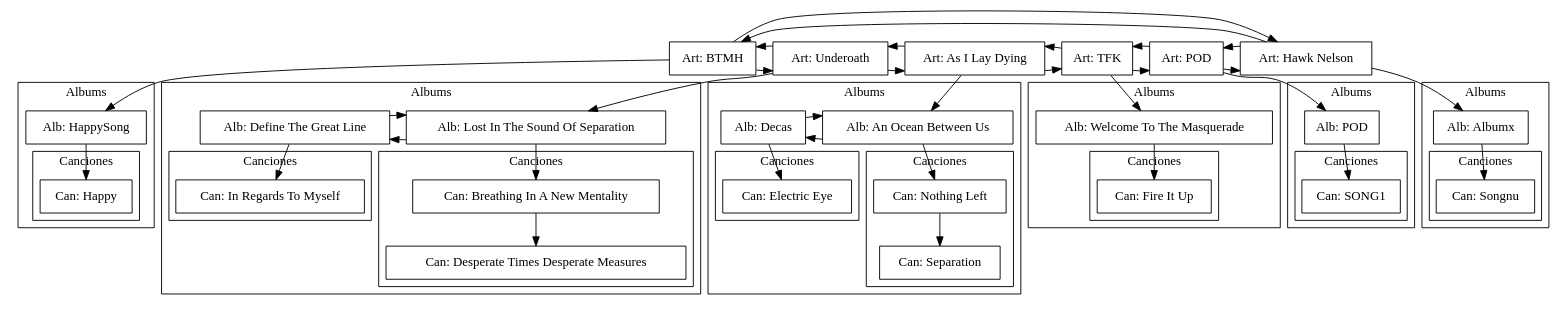
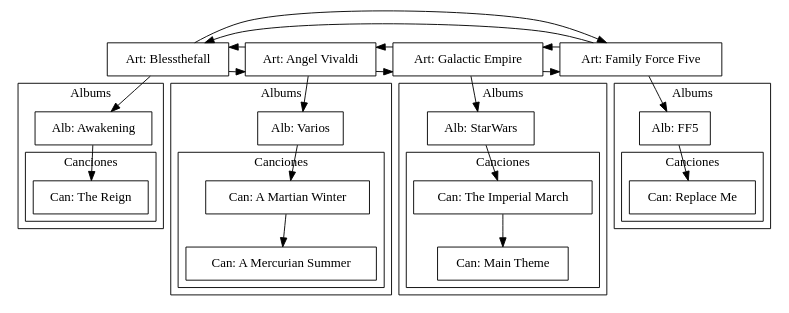
One commit to ricardcutzh/EDD_Junio changed the diagram in Practicas/build-Practica1_Biblioteca_Musica-Desktop_Qt_5_9_0_MinGW_32bit-Debug/biblioteca.dot. Above: the diagram before and after it, drawn with Graphviz. The commit also changed 28 other files, not shown here.

```diff
--- a/Practicas/build-Practica1_Biblioteca_Musica-Desktop_Qt_5_9_0_MinGW_32bit-Debug/biblioteca.dot
+++ b/Practicas/build-Practica1_Biblioteca_Musica-Desktop_Qt_5_9_0_MinGW_32bit-Debug/biblioteca.dot
@@ -1,112 +1,66 @@
 digraph G {
 node [shape=box];
-"Art: BTMH"->"Art: Underoath";
-"Art: Underoath"->"Art: BTMH";
-"Art: Underoath"->"Alb: Lost In The Sound Of Separation";
-"Art: Underoath"->"Art: As I Lay Dying";
+"Art: Blessthefall"->"Art: Angel Vivaldi";
+"Art: Angel Vivaldi"->"Art: Blessthefall";
+"Art: Angel Vivaldi"->"Alb: Varios";
+"Art: Angel Vivaldi"->"Art: Galactic Empire";
 subgraph cluster_0{
 rank=same;
 label="Albums";
-"Alb: Lost In The Sound Of Separation"->"Can: Breathing In A New Mentality";
+"Alb: Varios"->"Can: A Martian Winter";
 subgraph cluster_0{
 rank=same;
 label="Canciones";
-"Can: Breathing In A New Mentality"->"Can: Desperate Times Desperate Measures";
-"Can: Desperate Times Desperate Measures";
+"Can: A Martian Winter"->"Can: A Mercurian Summer";
+"Can: A Mercurian Summer";
 };
-"Alb: Lost In The Sound Of Separation";
-"Alb: Lost In The Sound Of Separation"->"Alb: Define The Great Line";
-"Alb: Define The Great Line"->"Can: In Regards To Myself";
-subgraph cluster_1{
-rank=same;
-label="Canciones";
-"Can: In Regards To Myself";
+"Alb: Varios";
+{rank=same;"Alb: Varios";};
 };
-"Alb: Define The Great Line"->"Alb: Lost In The Sound Of Separation";
-{rank=same;"Alb: Lost In The Sound Of Separation";"Alb: Define The Great Line";};
-};
-"Art: As I Lay Dying"->"Alb: An Ocean Between Us";
-"Art: As I Lay Dying"->"Art: Underoath";
-"Art: As I Lay Dying"->"Art: TFK";
+"Art: Galactic Empire"->"Alb: StarWars";
+"Art: Galactic Empire"->"Art: Angel Vivaldi";
+"Art: Galactic Empire"->"Art: Family Force Five";
 subgraph cluster_1{
 rank=same;
 label="Albums";
-"Alb: An Ocean Between Us"->"Can: Nothing Left";
+"Alb: StarWars"->"Can: The Imperial March";
 subgraph cluster_0{
 rank=same;
 label="Canciones";
-"Can: Nothing Left"->"Can: Separation";
-"Can: Separation";
+"Can: The Imperial March"->"Can: Main Theme";
+"Can: Main Theme";
 };
-"Alb: An Ocean Between Us";
-"Alb: An Ocean Between Us"->"Alb: Decas";
-"Alb: Decas"->"Can: Electric Eye";
-subgraph cluster_1{
-rank=same;
-label="Canciones";
-"Can: Electric Eye";
+"Alb: StarWars";
+{rank=same;"Alb: StarWars";};
 };
-"Alb: Decas"->"Alb: An Ocean Between Us";
-{rank=same;"Alb: An Ocean Between Us";"Alb: Decas";};
-};
-"Art: TFK"->"Alb: Welcome To The Masquerade";
-"Art: TFK"->"Art: As I Lay Dying";
-"Art: TFK"->"Art: POD";
+"Art: Family Force Five"->"Alb: FF5";
+"Art: Family Force Five"->"Art: Galactic Empire";
+"Art: Family Force Five"->"Art: Blessthefall";
 subgraph cluster_2{
 rank=same;
 label="Albums";
-"Alb: Welcome To The Masquerade"->"Can: Fire It Up";
+"Alb: FF5"->"Can: Replace Me";
 subgraph cluster_0{
 rank=same;
 label="Canciones";
-"Can: Fire It Up";
+"Can: Replace Me";
 };
-"Alb: Welcome To The Masquerade";
-{rank=same;"Alb: Welcome To The Masquerade";};
+"Alb: FF5";
+{rank=same;"Alb: FF5";};
 };
-"Art: POD"->"Alb: POD";
-"Art: POD"->"Art: TFK";
-"Art: POD"->"Art: Hawk Nelson";
+"Art: Blessthefall"->"Alb: Awakening";
+"Art: Blessthefall"->"Art: Family Force Five";
 subgraph cluster_3{
 rank=same;
 label="Albums";
-"Alb: POD"->"Can: SONG1";
+"Alb: Awakening"->"Can: The Reign";
 subgraph cluster_0{
 rank=same;
 label="Canciones";
-"Can: SONG1";
+"Can: The Reign";
 };
-"Alb: POD";
-{rank=same;"Alb: POD";};
+"Alb: Awakening";
+{rank=same;"Alb: Awakening";};
 };
-"Art: Hawk Nelson"->"Alb: Albumx";
-"Art: Hawk Nelson"->"Art: POD";
-"Art: Hawk Nelson"->"Art: BTMH";
-subgraph cluster_4{
-rank=same;
-label="Albums";
-"Alb: Albumx"->"Can: Songnu";
-subgraph cluster_0{
-rank=same;
-label="Canciones";
-"Can: Songnu";
-};
-"Alb: Albumx";
-{rank=same;"Alb: Albumx";};
-};
-"Art: BTMH"->"Alb: HappySong";
-"Art: BTMH"->"Art: Hawk Nelson";
-subgraph cluster_5{
-rank=same;
-label="Albums";
-"Alb: HappySong"->"Can: Happy";
-subgraph cluster_0{
-rank=same;
-label="Canciones";
-"Can: Happy";
-};
-"Alb: HappySong";
-{rank=same;"Alb: HappySong";};
-};
-{rank=same;"Art: Underoath";"Art: As I Lay Dying";"Art: TFK";"Art: POD";"Art: Hawk Nelson";"Art: BTMH";};
+{rank=same;"Art: Angel Vivaldi";"Art: Galactic Empire";"Art: Family Force Five";"Art: Blessthefall";};
 }
```
